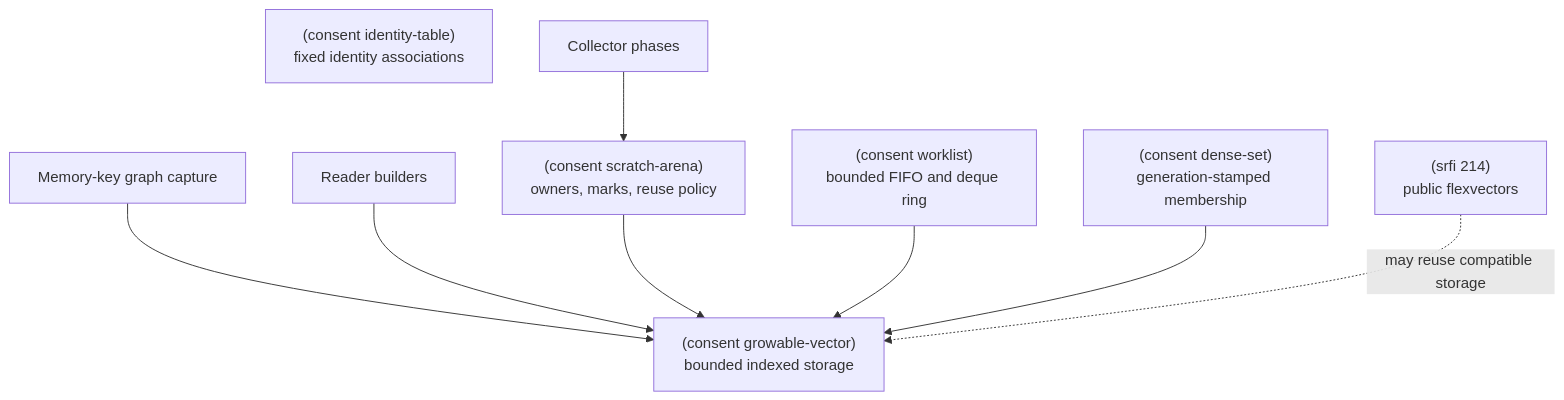
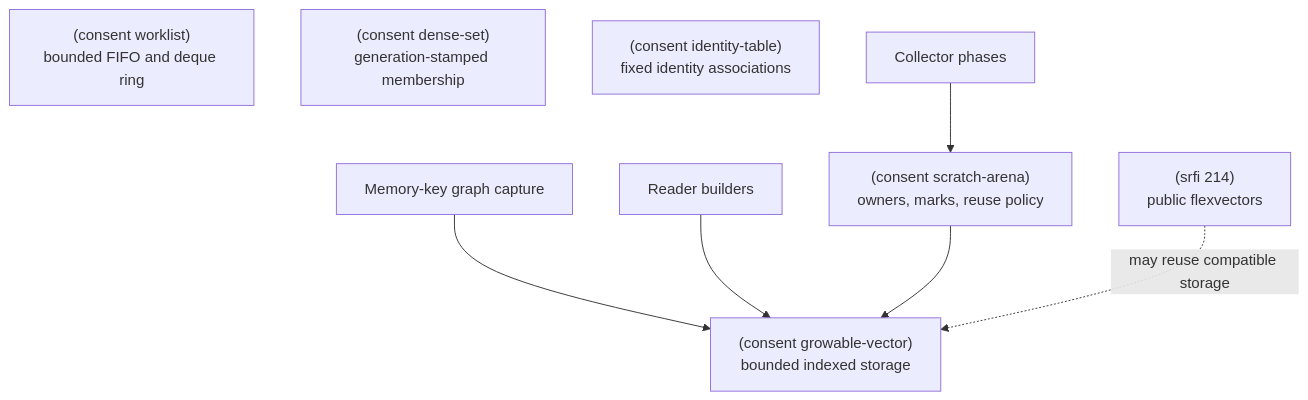
The first of 3 diagrams in docs/runtime-storage.md (tahoma/agent-scheme), drawn with Mermaid before and after one commit. The commit also changed other lines of this file and 12 other files, not shown here.

````diff
--- a/docs/runtime-storage.md
+++ b/docs/runtime-storage.md
@@ -37,17 +37,15 @@
 ```mermaid
 flowchart TB
   reader["Reader builders"]
   memory["Memory-key graph capture"] --> grow
   grow["(consent growable-vector)<br/>bounded indexed storage"]
   scratch["(consent scratch-arena)<br/>owners, marks, reuse policy"]
   worklist["(consent worklist)<br/>bounded FIFO and deque ring"]
   dense["(consent dense-set)<br/>generation-stamped membership"]
   identity["(consent identity-table)<br/>fixed identity associations"]
   srfi["(srfi 214)<br/>public flexvectors"]
   reader --> grow
   scratch --> grow
-  worklist --> grow
-  dense --> grow
   collectors["Collector phases"] --> scratch
   srfi -. "may reuse compatible storage" .-> grow
 ```
````
